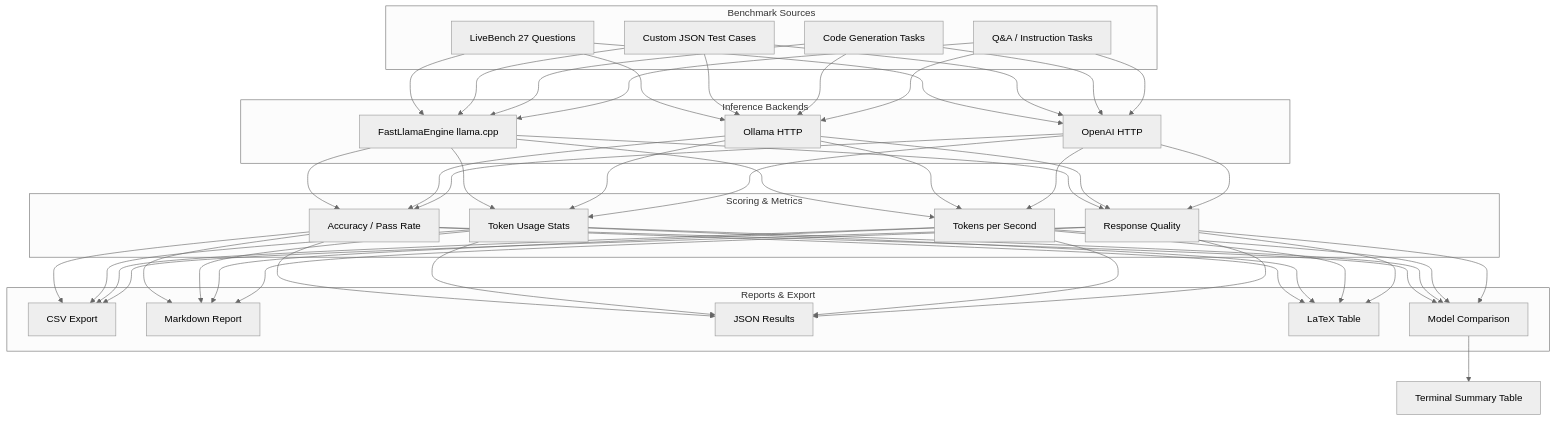
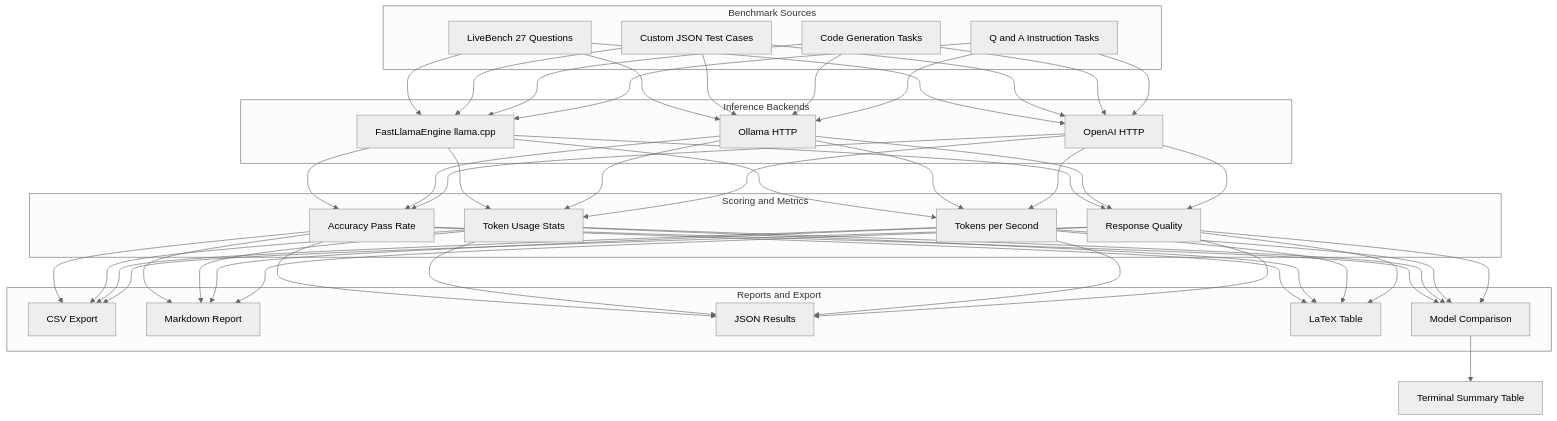
The ninth of 14 diagrams in README.md (rbkhan007/Photato-Phi-3-Custom-Model), drawn with Mermaid (neutral theme) before and after one commit. The commit also changed other lines of this file, not shown here.

Commit message:
fix Training Pipeline mermaid diagram rendering

````diff
--- a/README.md
+++ b/README.md
@@ -854,35 +902,76 @@
 ```mermaid
 flowchart TB
-    subgraph "Benchmark Sources"
-        LB[LiveBench 27 Questions]
-        CUSTOM[Custom JSON Test Cases]
-        CODE[Code Generation Tasks]
-        QA[Q&A / Instruction Tasks]
+    subgraph Sources[Benchmark Sources]
+        LB["LiveBench 27 Questions"]
+        CUSTOM["Custom JSON Test Cases"]
+        CODE2["Code Generation Tasks"]
+        QA["Q and A Instruction Tasks"]
     end
 
-    subgraph "Inference Backends"
-        LE[FastLlamaEngine llama.cpp]
-        OLL[Ollama HTTP]
-        OA[OpenAI HTTP]
+    subgraph Backends[Inference Backends]
+        LE2["FastLlamaEngine llama.cpp"]
+        OLL["Ollama HTTP"]
+        OA2["OpenAI HTTP"]
     end
 
-    subgraph "Scoring & Metrics"
-        ACC[Accuracy / Pass Rate]
-        TOK[Token Usage Stats]
-        SPEED[Tokens per Second]
-        QUAL[Response Quality]
+    subgraph Metrics[Scoring and Metrics]
+        ACC["Accuracy Pass Rate"]
+        TOK["Token Usage Stats"]
+        SPEED["Tokens per Second"]
+        QUAL["Response Quality"]
     end
 
-    subgraph "Reports & Export"
-        CSV[CSV Export]
-        MD[Markdown Report]
-        JSON[JSON Results]
-        LATEX[LaTeX Table]
-        COMP[Model Comparison]
+    subgraph Reports[Reports and Export]
+        CSV["CSV Export"]
+        MD["Markdown Report"]
+        JSON2["JSON Results"]
+        LATEX["LaTeX Table"]
+        CMP3["Model Comparison"]
     end
 
-    LB & CUSTOM & CODE & QA --> LE & OLL & OA
-    LE & OLL & OA --> ACC & TOK & SPEED & QUAL
-    ACC & TOK & SPEED & QUAL --> CSV & MD & JSON & LATEX & COMP
-    COMP --> PRINT[Terminal Summary Table]
+    LB --> LE2
+    LB --> OLL
+    LB --> OA2
+    CUSTOM --> LE2
+    CUSTOM --> OLL
+    CUSTOM --> OA2
+    CODE2 --> LE2
+    CODE2 --> OLL
+    CODE2 --> OA2
+    QA --> LE2
+    QA --> OLL
+    QA --> OA2
+    LE2 --> ACC
+    LE2 --> TOK
+    LE2 --> SPEED
+    LE2 --> QUAL
+    OLL --> ACC
+    OLL --> TOK
+    OLL --> SPEED
+    OLL --> QUAL
+    OA2 --> ACC
+    OA2 --> TOK
+    OA2 --> SPEED
+    OA2 --> QUAL
+    ACC --> CSV
+    ACC --> MD
+    ACC --> JSON2
+    ACC --> LATEX
+    ACC --> CMP3
+    TOK --> CSV
+    TOK --> MD
+    TOK --> JSON2
+    TOK --> LATEX
+    TOK --> CMP3
+    SPEED --> CSV
+    SPEED --> MD
+    SPEED --> JSON2
+    SPEED --> LATEX
+    SPEED --> CMP3
+    QUAL --> CSV
+    QUAL --> MD
+    QUAL --> JSON2
+    QUAL --> LATEX
+    QUAL --> CMP3
+    CMP3 --> PRINT["Terminal Summary Table"]
 ```
````
